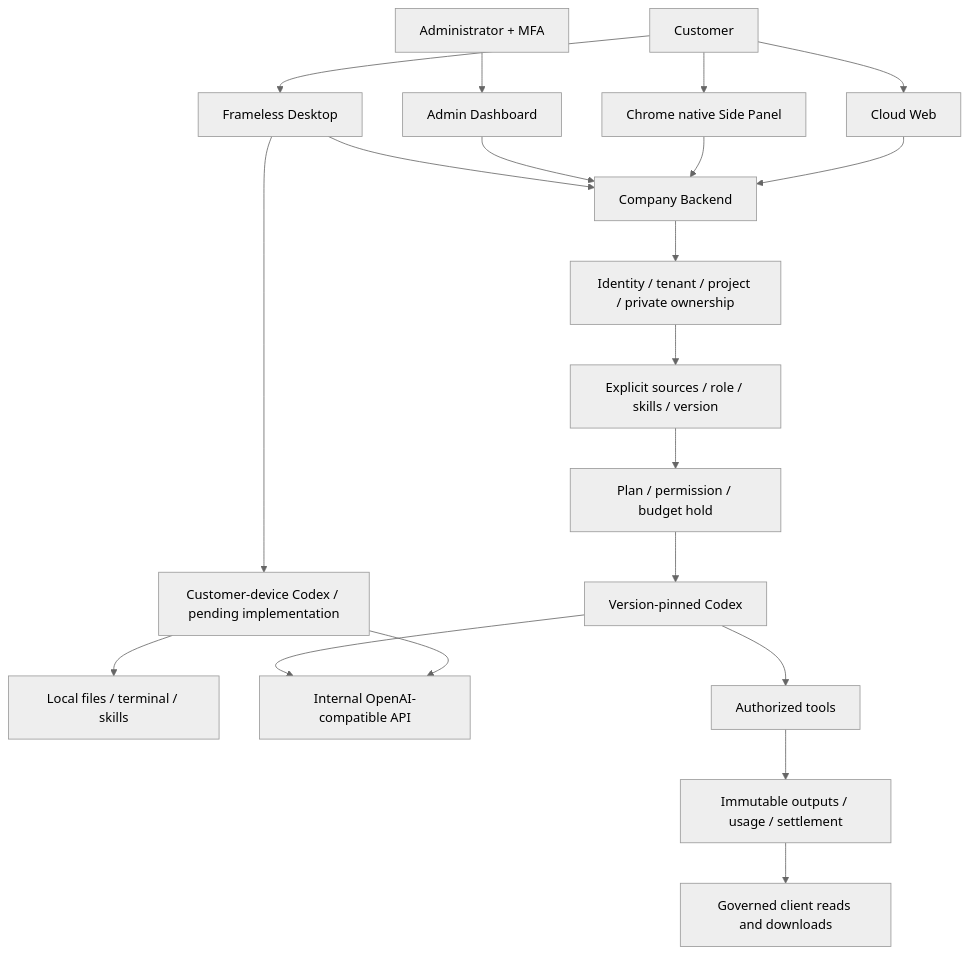
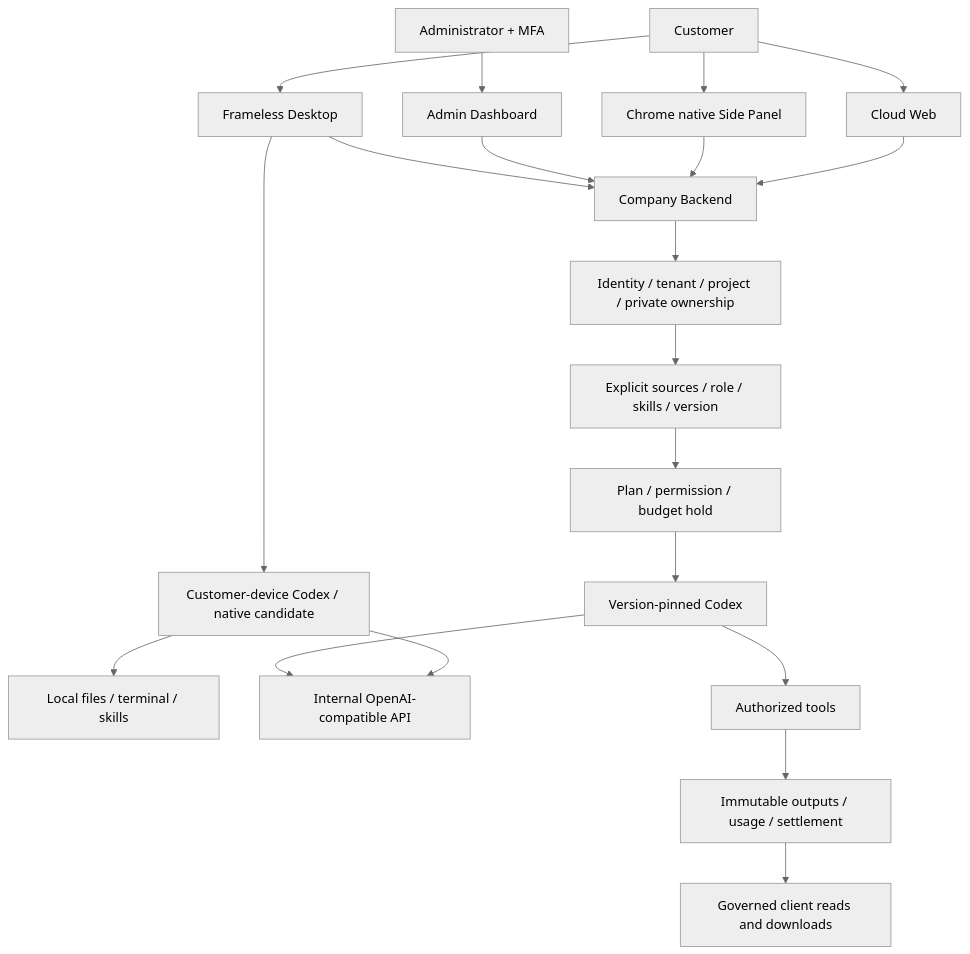
One commit to copypasteltd/workmate changed the diagram in docs/README.en.md. Above: the diagram before and after it, drawn with Mermaid (neutral theme). The commit also changed other lines of this file and 173 other files, not shown here.

Commit message:
Document and qualify local Desktop execution direction

````diff
--- a/docs/README.en.md
+++ b/docs/README.en.md
@@ -36,20 +36,20 @@
 ```mermaid
 flowchart TB
   User[Customer] --> Web[Cloud Web]
   User --> Side[Chrome native Side Panel]
   User --> Desktop[Frameless Desktop]
   Operator[Administrator + MFA] --> Admin[Admin Dashboard]
   Web & Side & Admin --> API[Company Backend]
   Desktop --> API
-  Desktop --> LocalCodex[Customer-device Codex / pending implementation]
+  Desktop --> LocalCodex[Customer-device Codex / native candidate]
   LocalCodex --> LocalTools[Local files / terminal / skills]
   LocalCodex --> Gateway[Internal OpenAI-compatible API]
   API --> Access[Identity / tenant / project / private ownership]
   Access --> Input[Explicit sources / role / skills / version]
   Input --> Budget[Plan / permission / budget hold]
   Budget --> Codex[Version-pinned Codex]
   Codex --> Gateway[Internal OpenAI-compatible API]
   Codex --> Tools[Authorized tools]
   Tools --> Results[Immutable outputs / usage / settlement]
   Results --> Clients[Governed client reads and downloads]
 ```
````
